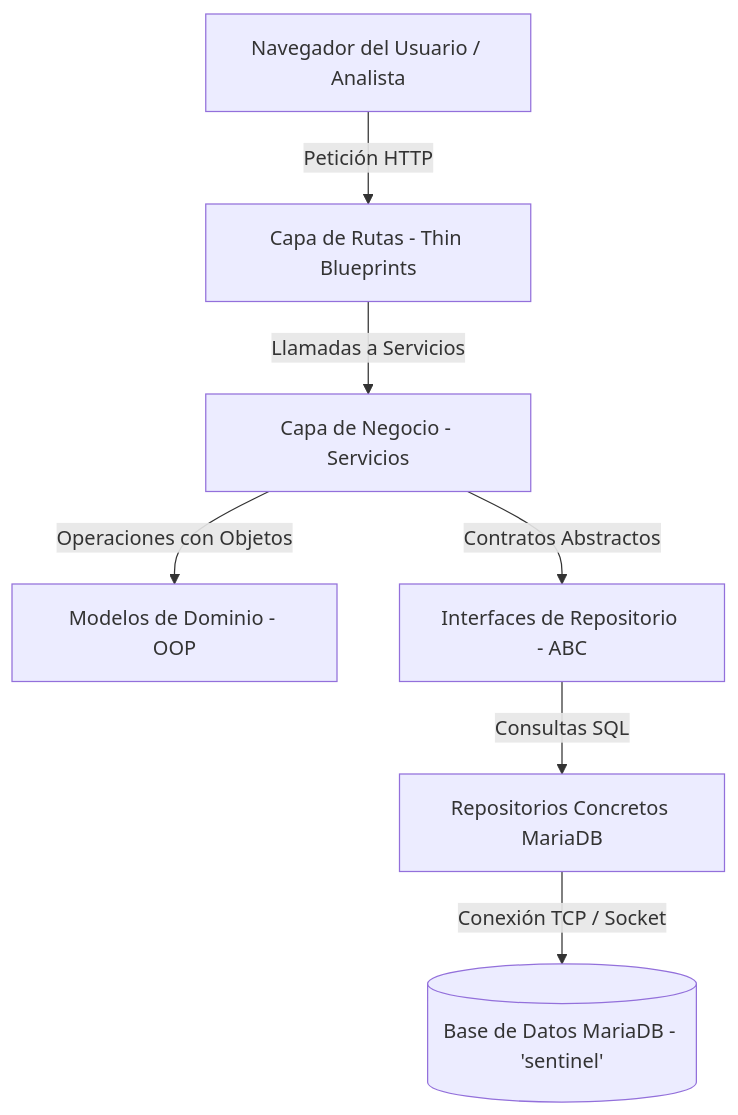
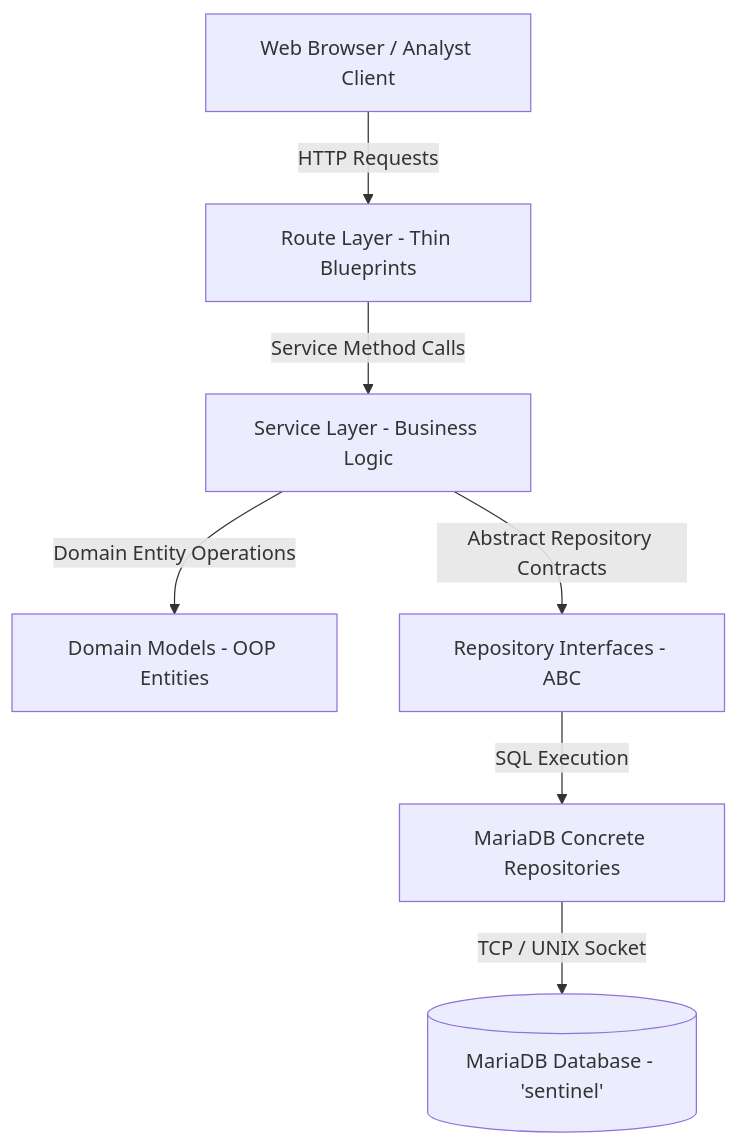
Before and after one commit to Landertale/Sentinel: the diagram in Documentation/Documentation.md, drawn with Mermaid. The commit also changed other lines of this file and 4 other files, not shown here.

````diff
--- a/Documentation/Documentation.md
+++ b/Documentation/Documentation.md
@@ -83,9 +83,9 @@
 ```mermaid
 graph TD
-    Client[Navegador del Usuario / Analista] -->|Petición HTTP| RouteLayer[Capa de Rutas - Thin Blueprints]
-    RouteLayer -->|Llamadas a Servicios| ServiceLayer[Capa de Negocio - Servicios]
-    ServiceLayer -->|Operaciones con Objetos| DomainLayer[Modelos de Dominio - OOP]
-    ServiceLayer -->|Contratos Abstractos| RepoInterface[Interfaces de Repositorio - ABC]
-    RepoInterface -->|Consultas SQL| RepoImpl[Repositorios Concretos MariaDB]
-    RepoImpl -->|Conexión TCP / Socket| DB[(Base de Datos MariaDB - 'sentinel')]
+    Client[Web Browser / Analyst Client] -->|HTTP Requests| RouteLayer[Route Layer - Thin Blueprints]
+    RouteLayer -->|Service Method Calls| ServiceLayer[Service Layer - Business Logic]
+    ServiceLayer -->|Domain Entity Operations| DomainLayer[Domain Models - OOP Entities]
+    ServiceLayer -->|Abstract Repository Contracts| RepoInterface[Repository Interfaces - ABC]
+    RepoInterface -->|SQL Execution| RepoImpl[MariaDB Concrete Repositories]
+    RepoImpl -->|TCP / UNIX Socket| DB[(MariaDB Database - 'sentinel')]
 ```
````
